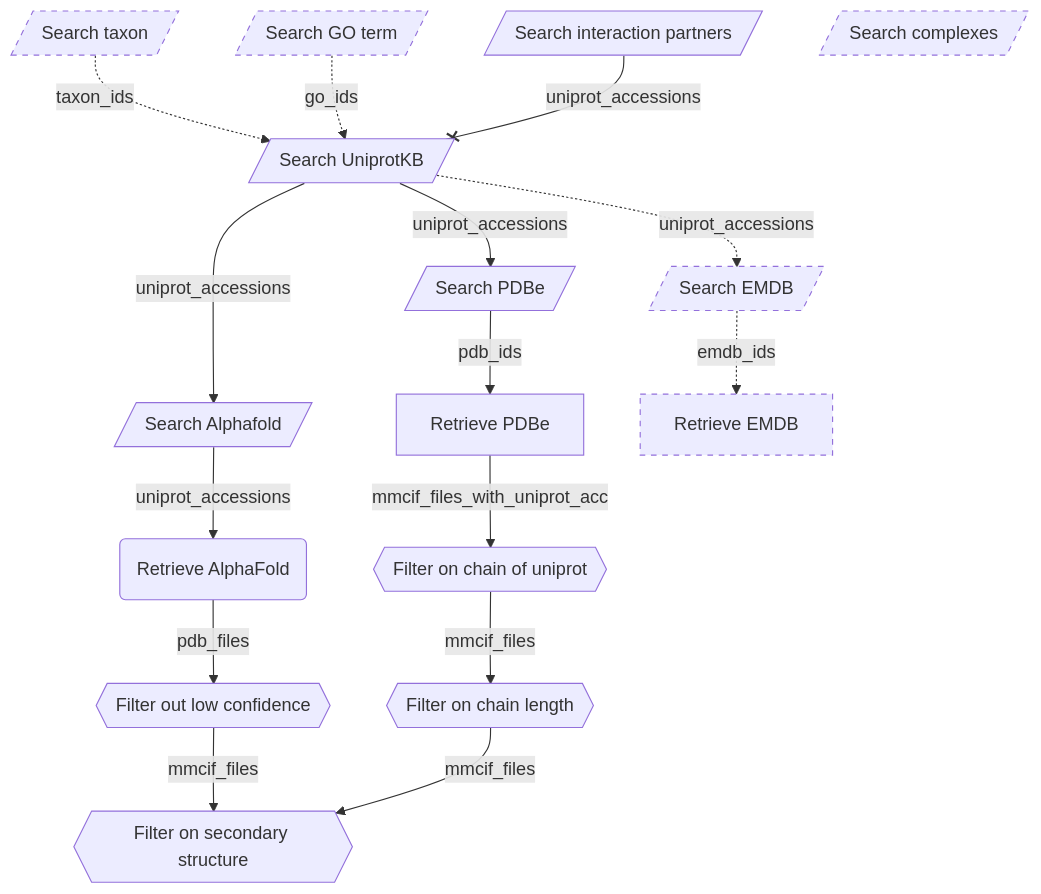
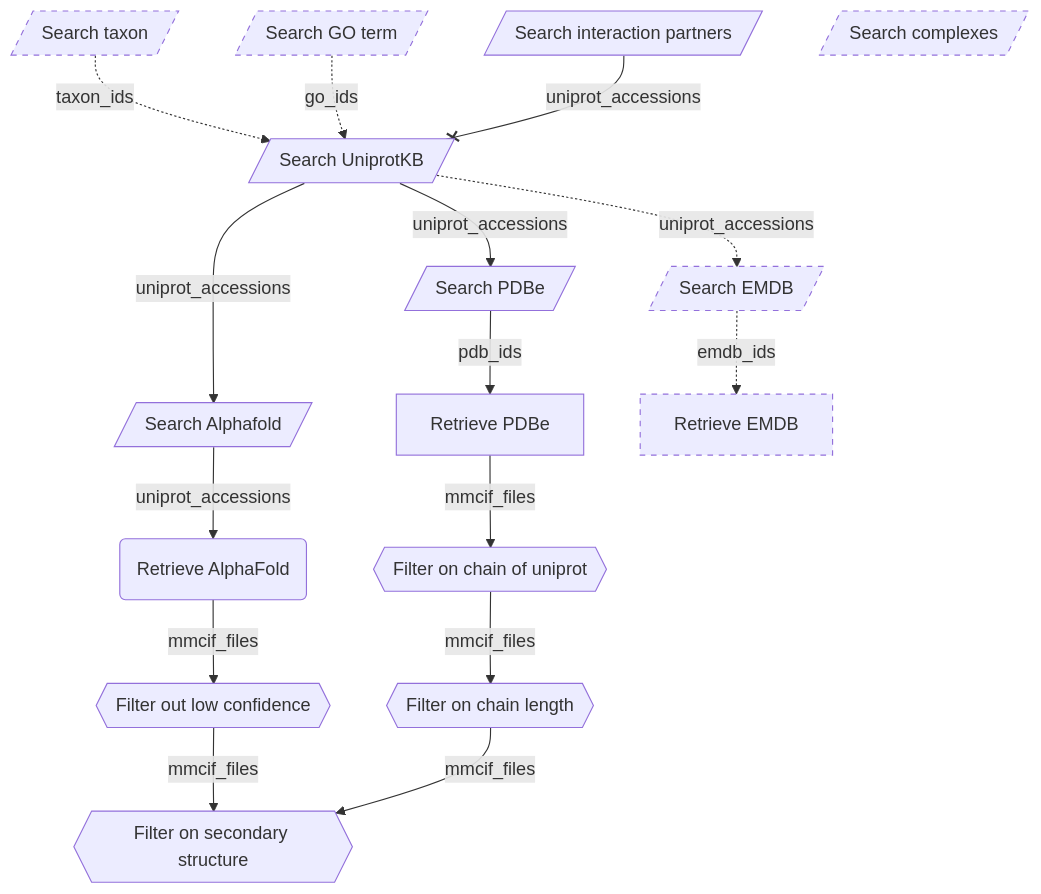
One commit to haddocking/protein-quest changed the diagram in README.md. Above: the diagram before and after it, drawn with Mermaid.

Commit message:
`retrieve alphafold` by default downloads cif files not pdb files

````diff
--- a/README.md
+++ b/README.md
@@ -22,24 +22,24 @@
 ```mermaid
 graph TB;
     taxonomy[/Search taxon/] -. taxon_ids .-> searchuniprot[/Search UniprotKB/]
     goterm[/Search GO term/] -. go_ids .-> searchuniprot[/Search UniprotKB/]
     searchuniprot --> |uniprot_accessions|searchpdbe[/Search PDBe/]
     searchuniprot --> |uniprot_accessions|searchaf[/Search Alphafold/]
     searchuniprot -. uniprot_accessions .-> searchemdb[/Search EMDB/]
     searchintactionpartners[/Search interaction partners/] --x |uniprot_accessions|searchuniprot
     searchcomplexes[/Search complexes/]
     searchpdbe -->|pdb_ids|fetchpdbe[Retrieve PDBe]
     searchaf --> |uniprot_accessions|fetchad(Retrieve AlphaFold)
     searchemdb -. emdb_ids .->fetchemdb[Retrieve EMDB]
-    fetchpdbe -->|mmcif_files_with_uniprot_acc| chainfilter{{Filter on chain of uniprot}}
+    fetchpdbe -->|mmcif_files| chainfilter{{Filter on chain of uniprot}}
     chainfilter --> |mmcif_files| residuefilter{{Filter on chain length}}
-    fetchad -->|pdb_files| confidencefilter{{Filter out low confidence}}
+    fetchad -->|mmcif_files| confidencefilter{{Filter out low confidence}}
     confidencefilter --> |mmcif_files| ssfilter{{Filter on secondary structure}}
     residuefilter --> |mmcif_files| ssfilter
     classDef dashedBorder stroke-dasharray: 5 5;
     goterm:::dashedBorder
     taxonomy:::dashedBorder
     searchemdb:::dashedBorder
     fetchemdb:::dashedBorder
     searchcomplexes:::dashedBorder
 ```
````
